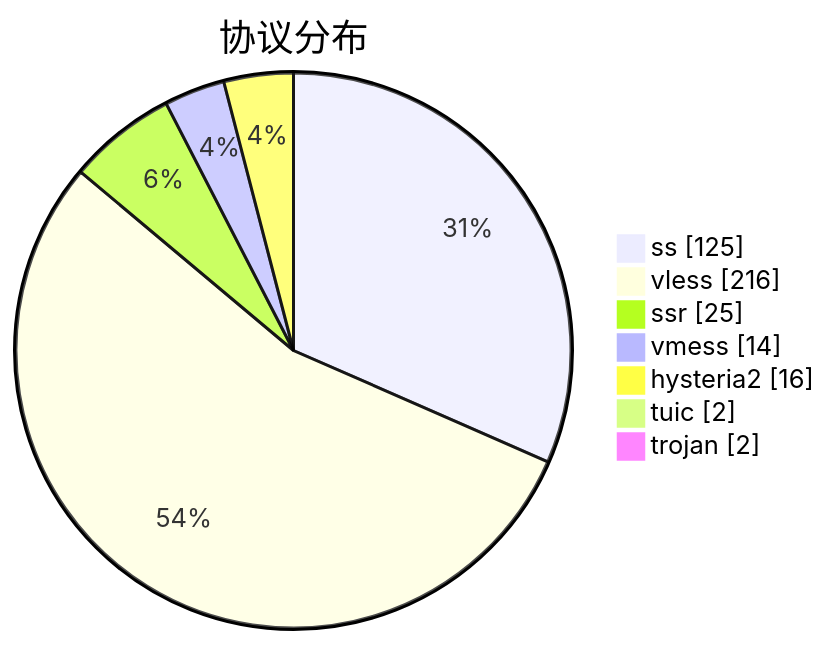
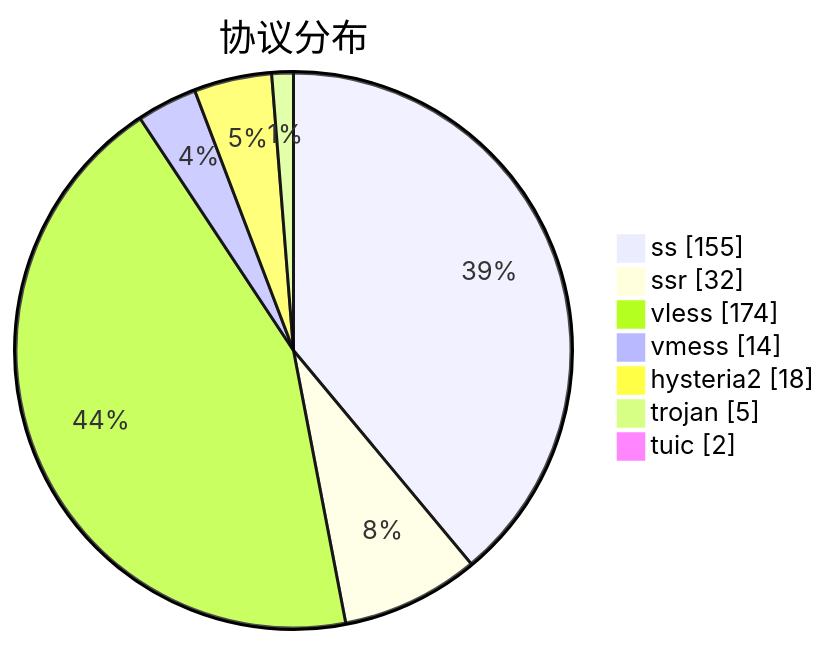
Before and after one commit to qjlxg/airport: the third of 3 diagrams in subs/statistics/tested_within.md, drawn with Mermaid. The commit also changed other lines of this file and 2 other files, not shown here.

````diff
--- a/subs/statistics/tested_within.md
+++ b/subs/statistics/tested_within.md
@@ -32,11 +32,11 @@
 ```mermaid
 pie showData
 title 协议分布
-"ss" : 125
-"vless" : 216
-"ssr" : 25
+"ss" : 155
+"ssr" : 32
+"vless" : 174
 "vmess" : 14
-"hysteria2" : 16
+"hysteria2" : 18
+"trojan" : 5
 "tuic" : 2
-"trojan" : 2
 ```
````
